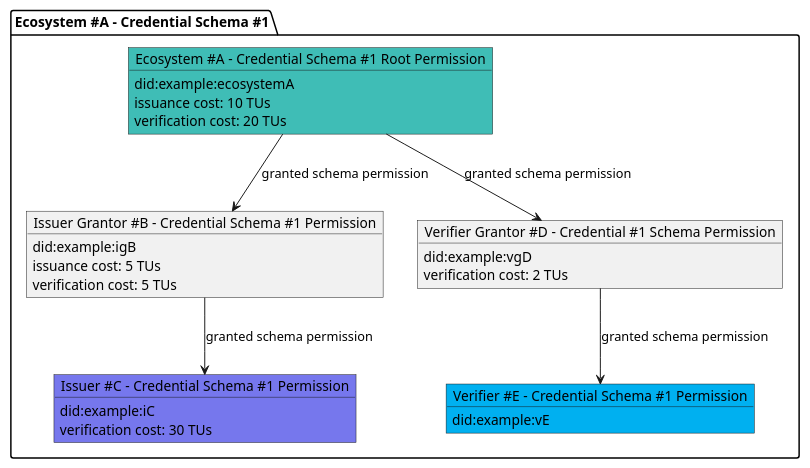
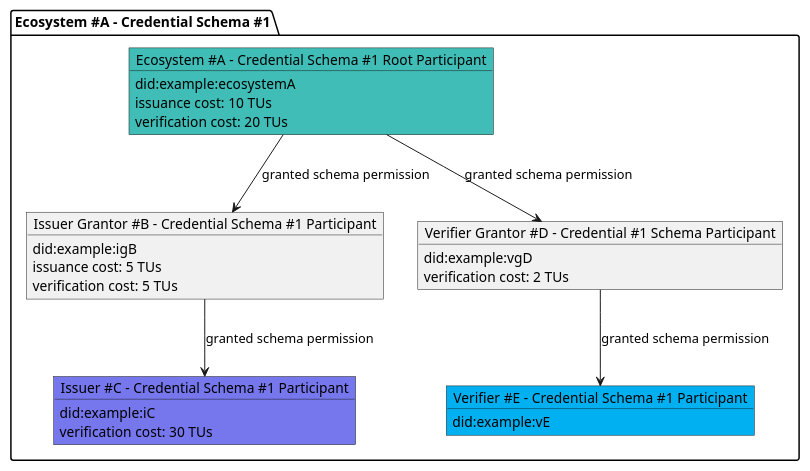
The ninth of 20 diagrams in spec.md (verana-labs/verifiable-trust-vpr-spec), drawn with PlantUML before and after one commit. The commit also changed other lines of this file, not shown here.

````diff
--- a/spec.md
+++ b/spec.md
@@ -685,41 +685,41 @@
 ```plantuml
 
 @startuml
 scale max 800 width
  
 package "Ecosystem #A - Credential Schema #1" as cs {
 
-    object "Ecosystem #A - Credential Schema #1 Root Permission" as tr #3fbdb6 {
+    object "Ecosystem #A - Credential Schema #1 Root Participant" as tr #3fbdb6 {
         did:example:ecosystemA
         issuance cost: 10 TUs
         verification cost: 20 TUs
     }
-    object "Issuer Grantor #B - Credential Schema #1 Permission" as ig {
+    object "Issuer Grantor #B - Credential Schema #1 Participant" as ig {
         did:example:igB
         issuance cost: 5 TUs
         verification cost: 5 TUs
     }
-    object "Issuer #C - Credential Schema #1 Permission" as issuer #7677ed  {
+    object "Issuer #C - Credential Schema #1 Participant" as issuer #7677ed  {
         did:example:iC
         verification cost: 30 TUs
     }
-    object "Verifier Grantor #D - Credential #1 Schema Permission" as vg {
+    object "Verifier Grantor #D - Credential #1 Schema Participant" as vg {
         did:example:vgD
         verification cost: 2 TUs
     }
-    object "Verifier #E - Credential Schema #1 Permission" as verifier #00b0f0 {
+    object "Verifier #E - Credential Schema #1 Participant" as verifier #00b0f0 {
         did:example:vE
     }
 }
 
 
 
 tr --> ig : granted schema permission
 ig --> issuer : granted schema permission
 
 tr --> vg : granted schema permission
 vg --> verifier : granted schema permission
 
 @enduml
 
 ```
````
